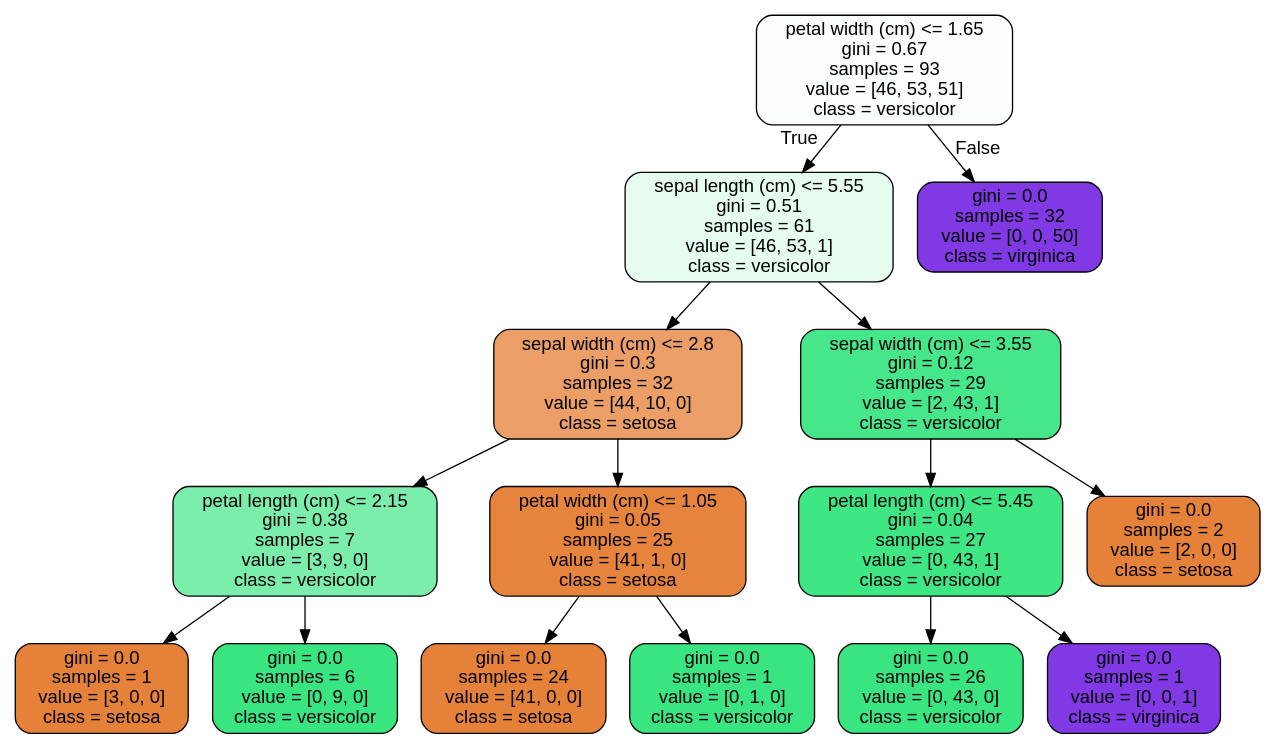
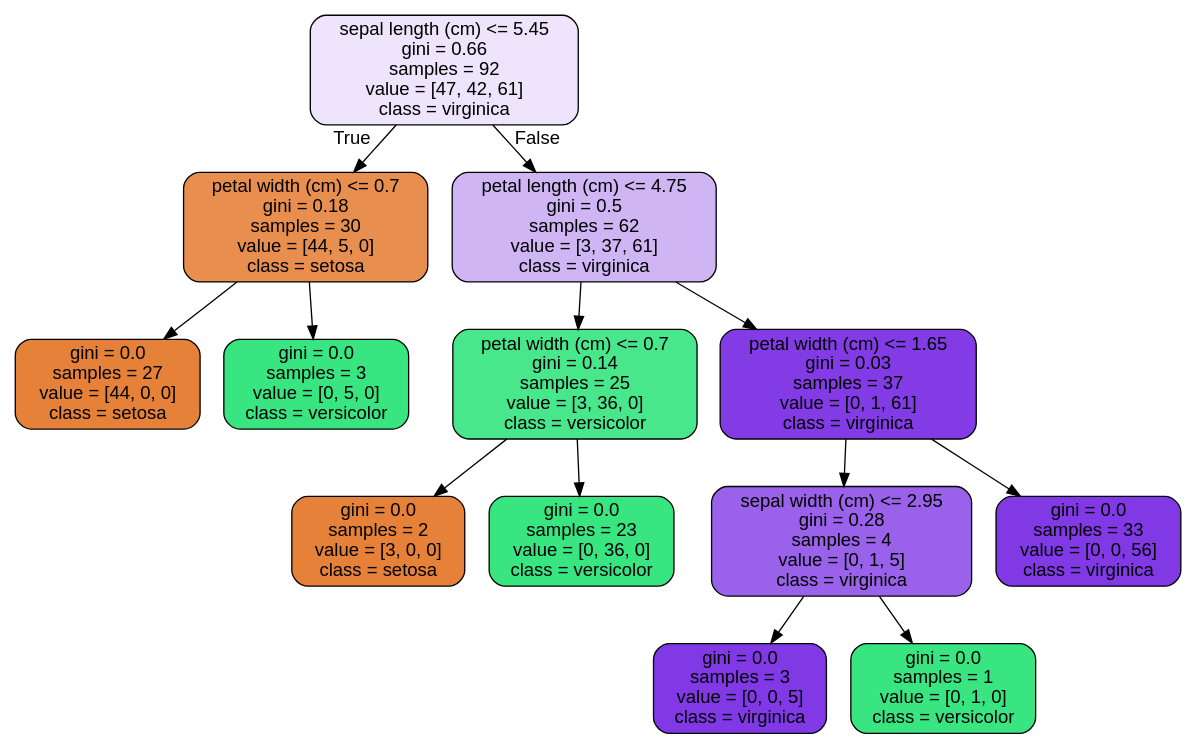
Before and after one commit to dj-m/RandomForest: the diagram in notebook/tree.dot, drawn with Graphviz. The commit also changed 3 other files, not shown here.

```diff
--- a/notebook/tree.dot
+++ b/notebook/tree.dot
@@ -1,33 +1,29 @@
 digraph Tree {
 node [shape=box, style="filled, rounded", color="black", fontname=helvetica] ;
 edge [fontname=helvetica] ;
-0 [label="petal width (cm) <= 1.65\ngini = 0.67\nsamples = 93\nvalue = [46, 53, 51]\nclass = versicolor", fillcolor="#fbfefc"] ;
-1 [label="sepal length (cm) <= 5.55\ngini = 0.51\nsamples = 61\nvalue = [46, 53, 1]\nclass = versicolor", fillcolor="#e5fcef"] ;
+0 [label="sepal length (cm) <= 5.45\ngini = 0.66\nsamples = 92\nvalue = [47, 42, 61]\nclass = virginica", fillcolor="#eee4fb"] ;
+1 [label="petal width (cm) <= 0.7\ngini = 0.18\nsamples = 30\nvalue = [44, 5, 0]\nclass = setosa", fillcolor="#e88f50"] ;
 0 -> 1 [labeldistance=2.5, labelangle=45, headlabel="True"] ;
-2 [label="sepal width (cm) <= 2.8\ngini = 0.3\nsamples = 32\nvalue = [44, 10, 0]\nclass = setosa", fillcolor="#eb9e66"] ;
+2 [label="gini = 0.0\nsamples = 27\nvalue = [44, 0, 0]\nclass = setosa", fillcolor="#e58139"] ;
 1 -> 2 ;
-3 [label="petal length (cm) <= 2.15\ngini = 0.38\nsamples = 7\nvalue = [3, 9, 0]\nclass = versicolor", fillcolor="#7beeab"] ;
-2 -> 3 ;
-4 [label="gini = 0.0\nsamples = 1\nvalue = [3, 0, 0]\nclass = setosa", fillcolor="#e58139"] ;
-3 -> 4 ;
-5 [label="gini = 0.0\nsamples = 6\nvalue = [0, 9, 0]\nclass = versicolor", fillcolor="#39e581"] ;
-3 -> 5 ;
-6 [label="petal width (cm) <= 1.05\ngini = 0.05\nsamples = 25\nvalue = [41, 1, 0]\nclass = setosa", fillcolor="#e6843e"] ;
-2 -> 6 ;
-7 [label="gini = 0.0\nsamples = 24\nvalue = [41, 0, 0]\nclass = setosa", fillcolor="#e58139"] ;
-6 -> 7 ;
-8 [label="gini = 0.0\nsamples = 1\nvalue = [0, 1, 0]\nclass = versicolor", fillcolor="#39e581"] ;
-6 -> 8 ;
-9 [label="sepal width (cm) <= 3.55\ngini = 0.12\nsamples = 29\nvalue = [2, 43, 1]\nclass = versicolor", fillcolor="#46e78a"] ;
-1 -> 9 ;
-10 [label="petal length (cm) <= 5.45\ngini = 0.04\nsamples = 27\nvalue = [0, 43, 1]\nclass = versicolor", fillcolor="#3ee684"] ;
+3 [label="gini = 0.0\nsamples = 3\nvalue = [0, 5, 0]\nclass = versicolor", fillcolor="#39e581"] ;
+1 -> 3 ;
+4 [label="petal length (cm) <= 4.75\ngini = 0.5\nsamples = 62\nvalue = [3, 37, 61]\nclass = virginica", fillcolor="#d0b5f5"] ;
+0 -> 4 [labeldistance=2.5, labelangle=-45, headlabel="False"] ;
+5 [label="petal width (cm) <= 0.7\ngini = 0.14\nsamples = 25\nvalue = [3, 36, 0]\nclass = versicolor", fillcolor="#49e78c"] ;
+4 -> 5 ;
+6 [label="gini = 0.0\nsamples = 2\nvalue = [3, 0, 0]\nclass = setosa", fillcolor="#e58139"] ;
+5 -> 6 ;
+7 [label="gini = 0.0\nsamples = 23\nvalue = [0, 36, 0]\nclass = versicolor", fillcolor="#39e581"] ;
+5 -> 7 ;
+8 [label="petal width (cm) <= 1.65\ngini = 0.03\nsamples = 37\nvalue = [0, 1, 61]\nclass = virginica", fillcolor="#833ce5"] ;
+4 -> 8 ;
+9 [label="sepal width (cm) <= 2.95\ngini = 0.28\nsamples = 4\nvalue = [0, 1, 5]\nclass = virginica", fillcolor="#9a61ea"] ;
+8 -> 9 ;
+10 [label="gini = 0.0\nsamples = 3\nvalue = [0, 0, 5]\nclass = virginica", fillcolor="#8139e5"] ;
 9 -> 10 ;
-11 [label="gini = 0.0\nsamples = 26\nvalue = [0, 43, 0]\nclass = versicolor", fillcolor="#39e581"] ;
-10 -> 11 ;
-12 [label="gini = 0.0\nsamples = 1\nvalue = [0, 0, 1]\nclass = virginica", fillcolor="#8139e5"] ;
-10 -> 12 ;
-13 [label="gini = 0.0\nsamples = 2\nvalue = [2, 0, 0]\nclass = setosa", fillcolor="#e58139"] ;
-9 -> 13 ;
-14 [label="gini = 0.0\nsamples = 32\nvalue = [0, 0, 50]\nclass = virginica", fillcolor="#8139e5"] ;
-0 -> 14 [labeldistance=2.5, labelangle=-45, headlabel="False"] ;
+11 [label="gini = 0.0\nsamples = 1\nvalue = [0, 1, 0]\nclass = versicolor", fillcolor="#39e581"] ;
+9 -> 11 ;
+12 [label="gini = 0.0\nsamples = 33\nvalue = [0, 0, 56]\nclass = virginica", fillcolor="#8139e5"] ;
+8 -> 12 ;
 }
```
